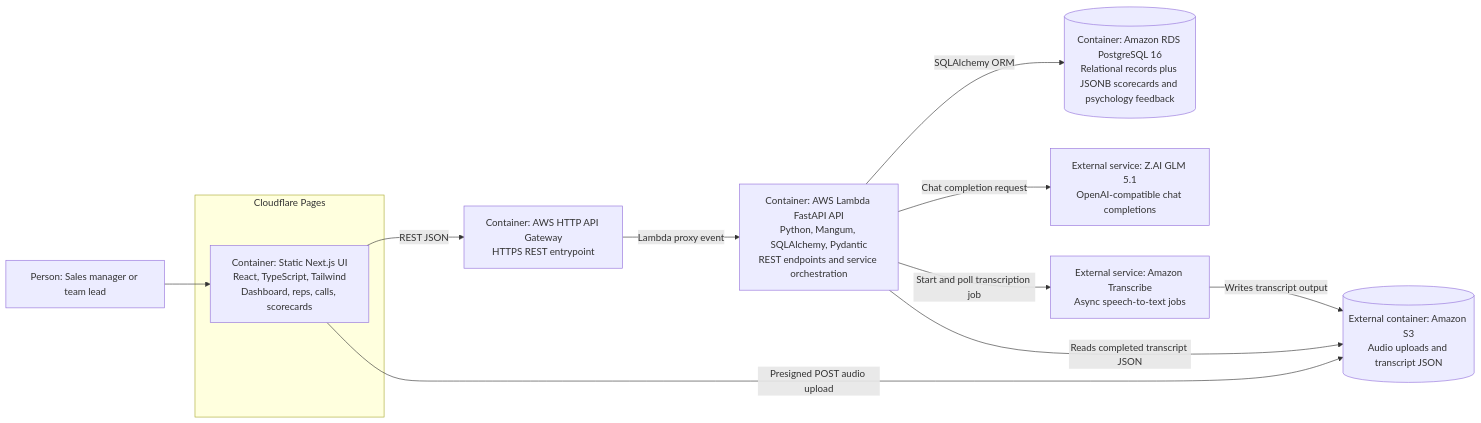
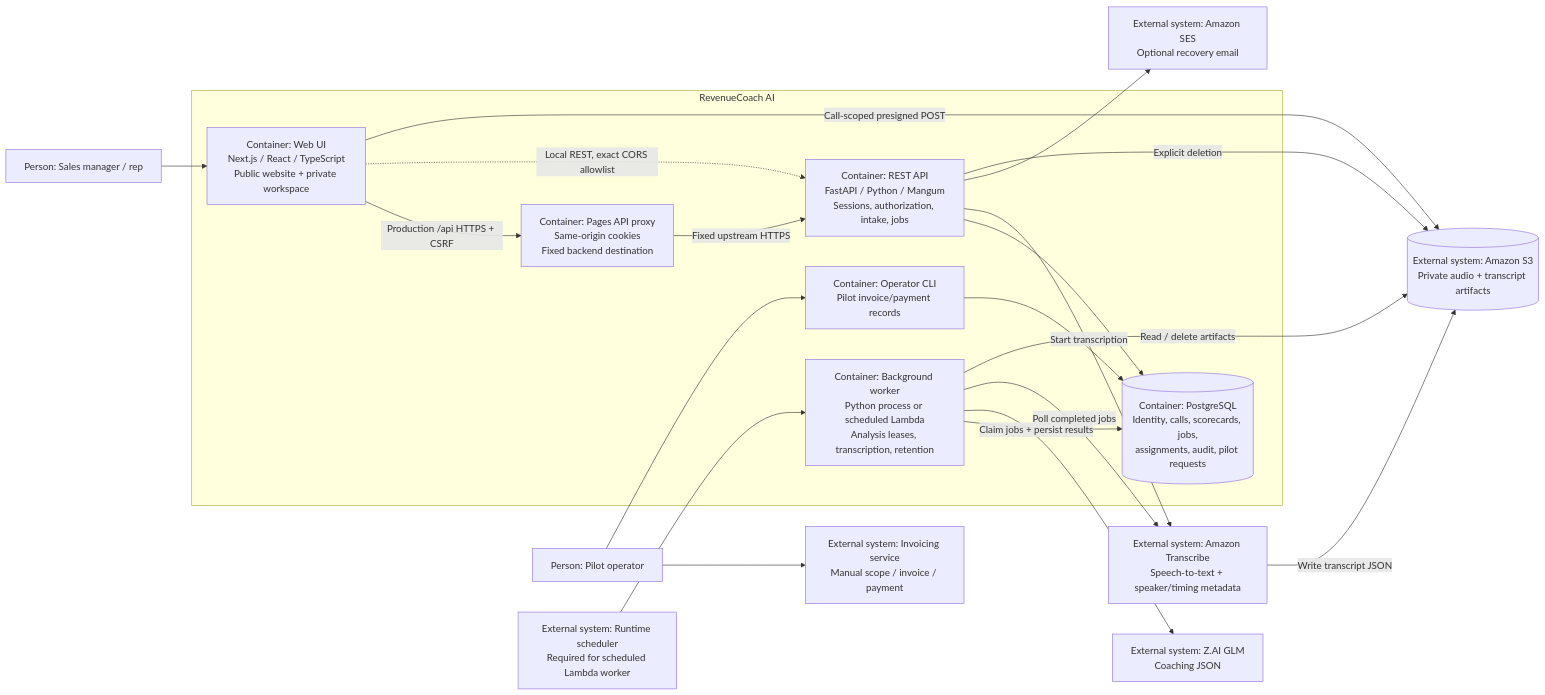
The diagram in docs/architecture.md (manynames3/revenue-coach-ai), drawn with Mermaid before and after one commit. The commit also changed other lines of this file and 97 other files, not shown here.

Commit message:
Build pilot-ready revenue coaching workflow

````diff
--- a/docs/architecture.md
+++ b/docs/architecture.md
@@ -9,25 +7,38 @@
 ```mermaid
 flowchart LR
-    manager["Person: Sales manager or team lead"]
+  person["Person: Sales manager / rep"]
+  operator["Person: Pilot operator"]
+  subgraph system["RevenueCoach AI"]
+    ui["Container: Web UI<br/>Next.js / React / TypeScript<br/>Public website + private workspace"]
+    proxy["Container: Pages API proxy<br/>Same-origin cookies<br/>Fixed backend destination"]
+    api["Container: REST API<br/>FastAPI / Python / Mangum<br/>Sessions, authorization, intake, jobs"]
+    db[("Container: PostgreSQL<br/>Identity, calls, scorecards, jobs,<br/>assignments, audit, pilot requests")]
+    worker["Container: Background worker<br/>Python process or scheduled Lambda<br/>Analysis leases, transcription, retention"]
+    cli["Container: Operator CLI<br/>Pilot invoice/payment records"]
+  end
+  model["External system: Z.AI GLM<br/>Coaching JSON"]
+  audio[("External system: Amazon S3<br/>Private audio + transcript artifacts")]
+  asr["External system: Amazon Transcribe<br/>Speech-to-text + speaker/timing metadata"]
+  email["External system: Amazon SES<br/>Optional recovery email"]
+  invoice["External system: Invoicing service<br/>Manual scope / invoice / payment"]
+  schedule["External system: Runtime scheduler<br/>Required for scheduled Lambda worker"]
 
-    subgraph edge["Cloudflare Pages"]
-        frontend["Container: Static Next.js UI<br/>React, TypeScript, Tailwind<br/>Dashboard, reps, calls, scorecards"]
-    end
-
-    api_gateway["Container: AWS HTTP API Gateway<br/>HTTPS REST entrypoint"]
-    backend["Container: AWS Lambda FastAPI API<br/>Python, Mangum, SQLAlchemy, Pydantic<br/>REST endpoints and service orchestration"]
-    db[("Container: Amazon RDS PostgreSQL 16<br/>Relational records plus JSONB scorecards and psychology feedback")]
-    s3[("External container: Amazon S3<br/>Audio uploads and transcript JSON")]
-    transcribe["External service: Amazon Transcribe<br/>Async speech-to-text jobs"]
-    glm["External service: Z.AI GLM 5.1<br/>OpenAI-compatible chat completions"]
-
-    manager --> frontend
-    frontend -->|"REST JSON"| api_gateway
-    api_gateway -->|"Lambda proxy event"| backend
-    frontend -->|"Presigned POST audio upload"| s3
-    backend -->|"SQLAlchemy ORM"| db
-    backend -->|"Chat completion request"| glm
-    backend -->|"Start and poll transcription job"| transcribe
-    transcribe -->|"Writes transcript output"| s3
-    backend -->|"Reads completed transcript JSON"| s3
+  person --> ui
+  ui -->|"Production /api HTTPS + CSRF"| proxy
+  proxy -->|"Fixed upstream HTTPS"| api
+  ui -.->|"Local REST, exact CORS allowlist"| api
+  ui -->|"Call-scoped presigned POST"| audio
+  api --> db
+  api -->|"Start transcription"| asr
+  api --> email
+  worker -->|"Claim jobs + persist results"| db
+  worker --> model
+  worker -->|"Poll completed jobs"| asr
+  asr -->|"Write transcript JSON"| audio
+  worker -->|"Read / delete artifacts"| audio
+  api -->|"Explicit deletion"| audio
+  schedule --> worker
+  operator --> cli
+  cli --> db
+  operator --> invoice
 ```
````
